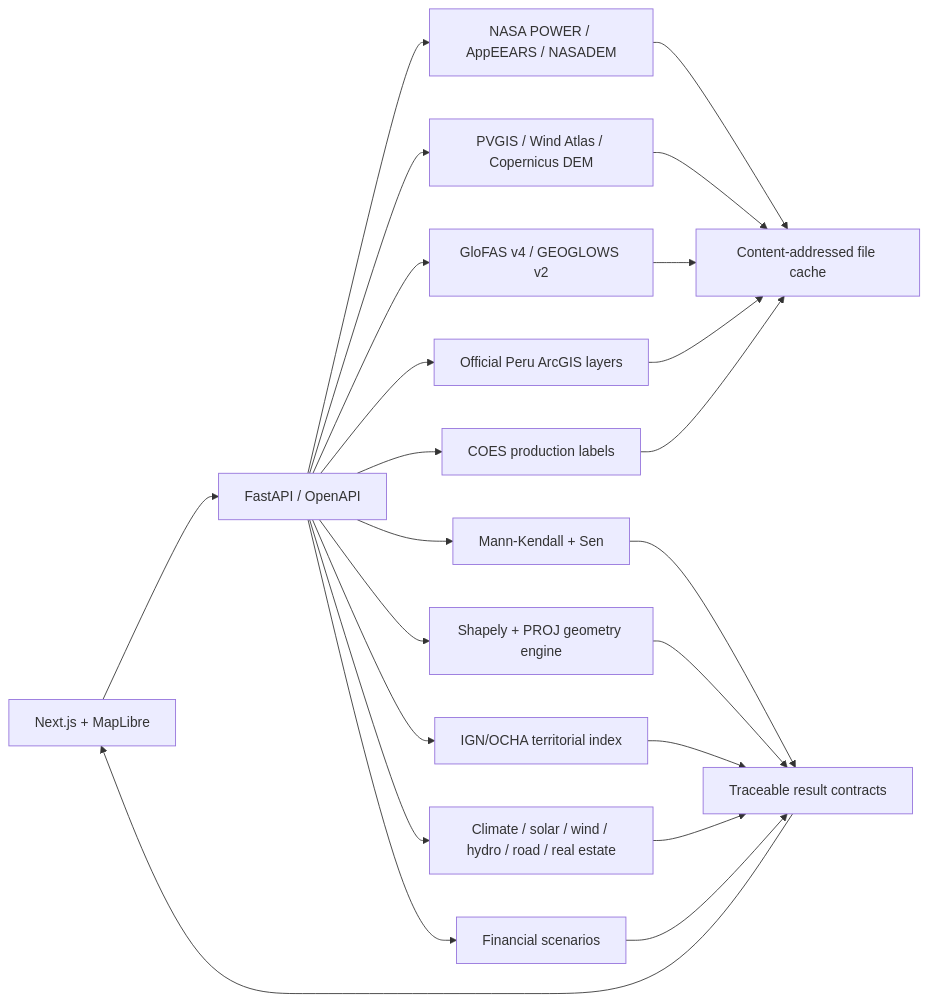
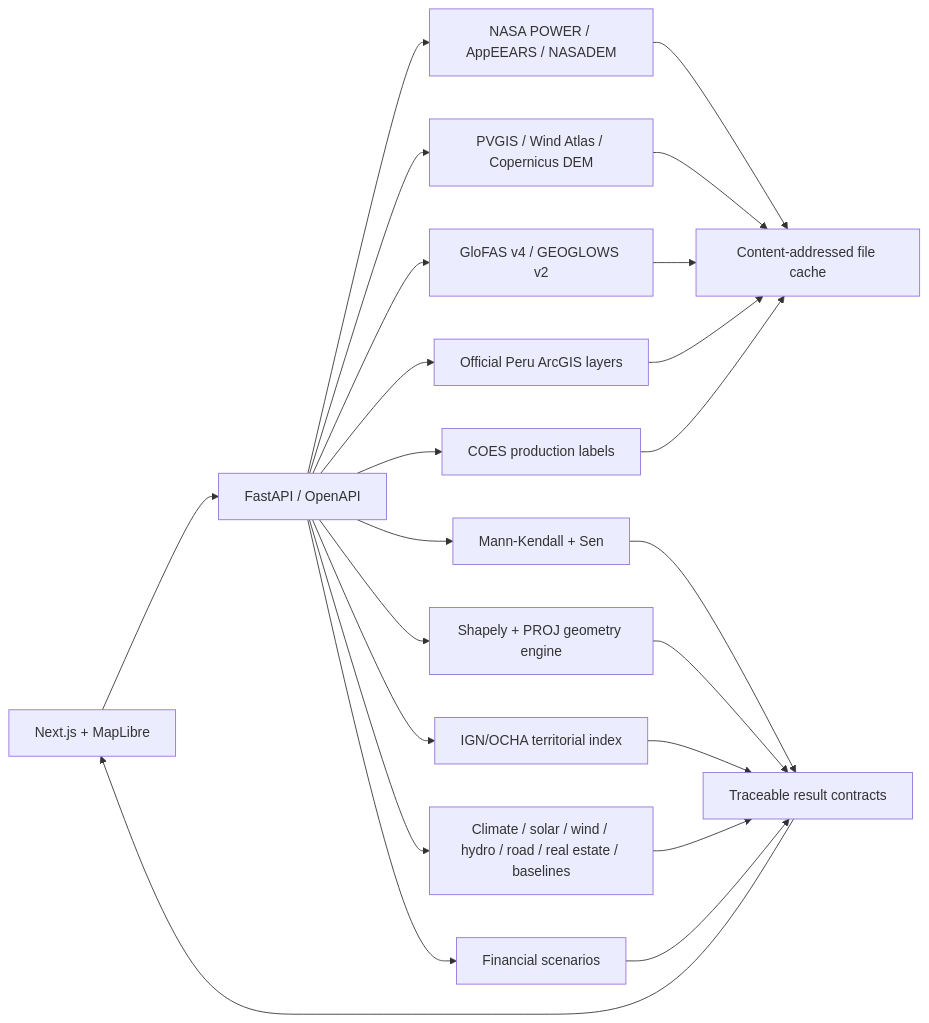
The diagram in docs/nasa-submission/TECHNICAL_ARCHITECTURE.md (AndresVZ23/los-causas-espaciales), drawn with Mermaid before and after one commit. The commit also changed other lines of this file and 6 other files, not shown here.

````diff
--- a/docs/nasa-submission/TECHNICAL_ARCHITECTURE.md
+++ b/docs/nasa-submission/TECHNICAL_ARCHITECTURE.md
@@ -5,25 +5,25 @@
 ```mermaid
 flowchart LR
   UI[Next.js + MapLibre] --> API[FastAPI / OpenAPI]
   API --> NASA[NASA POWER / AppEEARS / NASADEM]
   API --> SECOND[PVGIS / Wind Atlas / Copernicus DEM]
   API --> FLOW[GloFAS v4 / GEOGLOWS v2]
   API --> PERU[Official Peru ArcGIS layers]
   API --> COES[COES production labels]
   NASA --> CACHE[Content-addressed file cache]
   SECOND --> CACHE
   FLOW --> CACHE
   PERU --> CACHE
   COES --> CACHE
   API --> STATS[Mann-Kendall + Sen]
   API --> GEO[Shapely + PROJ geometry engine]
   API --> TERR[IGN/OCHA territorial index]
-  API --> SECTORS[Climate / solar / wind / hydro / road / real estate]
+  API --> SECTORS[Climate / solar / wind / hydro / road / real estate / baselines]
   API --> FIN[Financial scenarios]
   STATS --> CONTRACT[Traceable result contracts]
   GEO --> CONTRACT
   TERR --> CONTRACT
   SECTORS --> CONTRACT
   FIN --> CONTRACT
   CONTRACT --> UI
 ```
````
